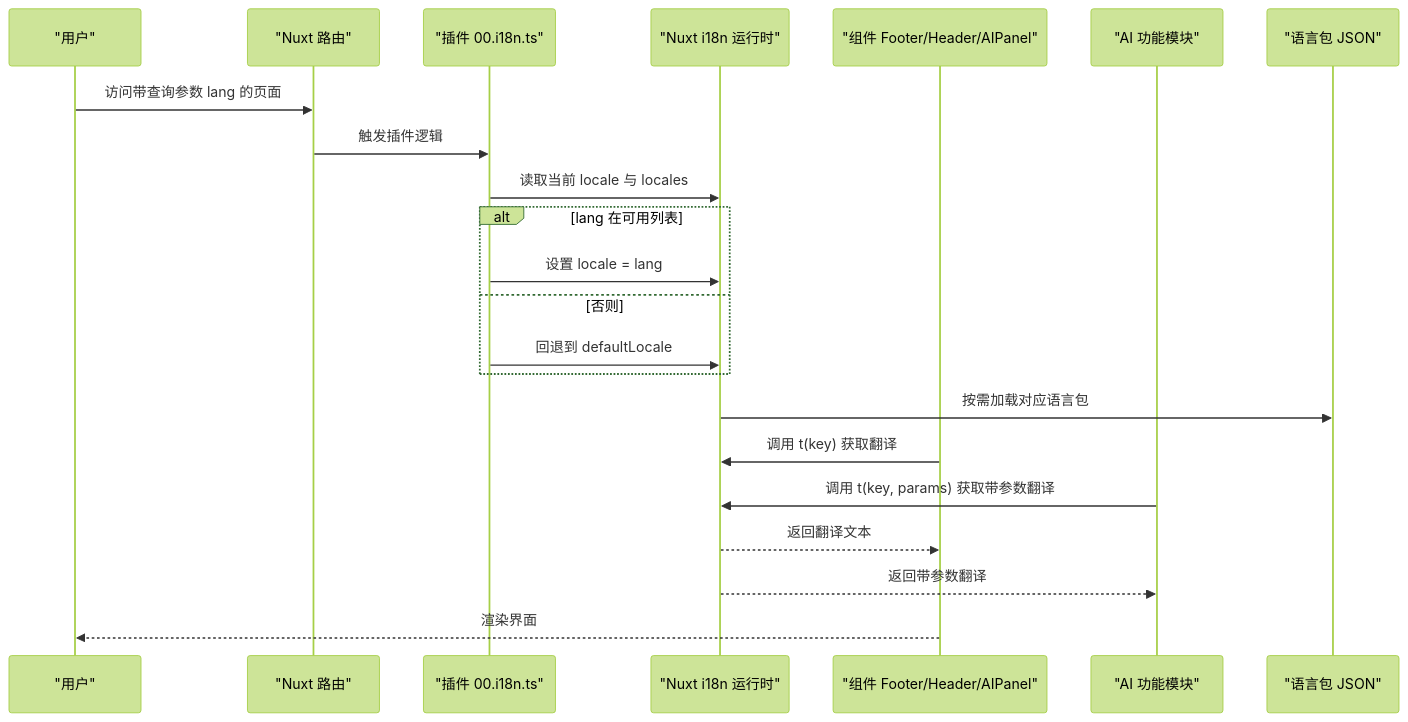
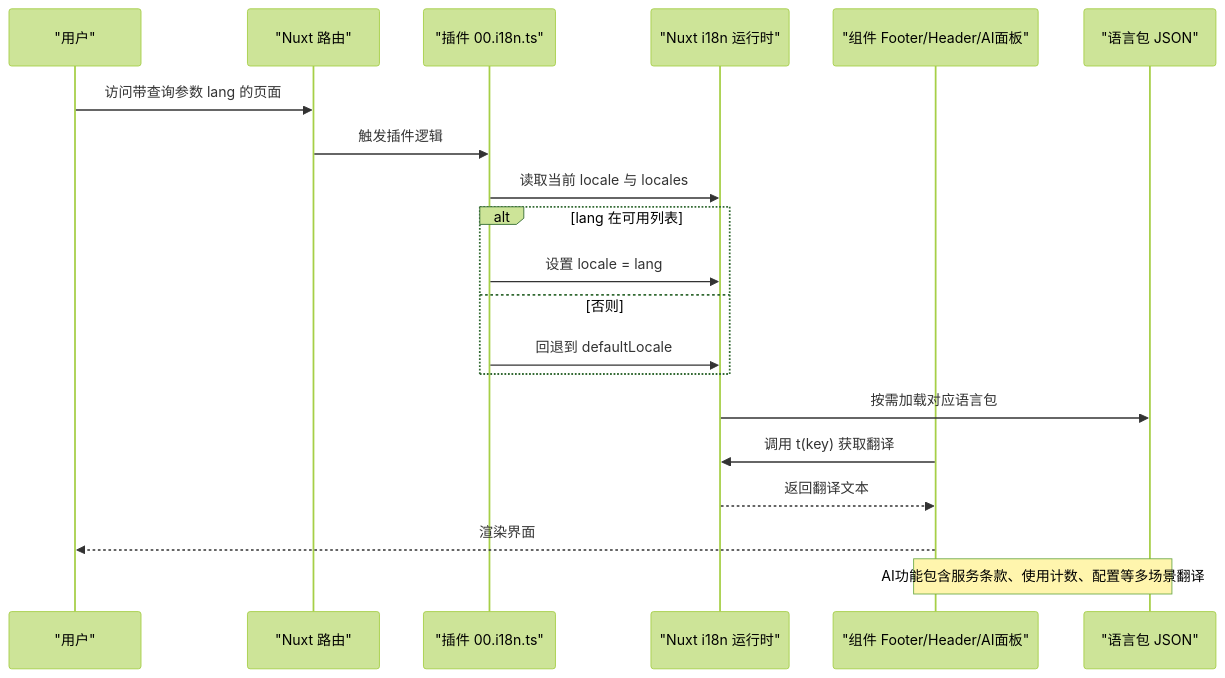
Before and after one commit to terwer/siyuan-plugin-blog: the second of 4 diagrams in .qoder/repowiki/zh/content/核心功能/设置管理系统/多语言支持.md, drawn with Mermaid (forest theme). The commit also changed other lines of this file and 16 other files, not shown here.

````diff
--- a/.qoder/repowiki/zh/content/核心功能/设置管理系统/多语言支持.md
+++ b/.qoder/repowiki/zh/content/核心功能/设置管理系统/多语言支持.md
@@ -118,24 +126,22 @@
 ```mermaid
 sequenceDiagram
 participant U as "用户"
 participant R as "Nuxt 路由"
 participant P as "插件 00.i18n.ts"
 participant I18N as "Nuxt i18n 运行时"
-participant C as "组件 Footer/Header/AIPanel"
-participant AI as "AI 功能模块"
+participant C as "组件 Footer/Header/AI面板"
 participant L as "语言包 JSON"
 U->>R : 访问带查询参数 lang 的页面
 R->>P : 触发插件逻辑
 P->>I18N : 读取当前 locale 与 locales
 alt lang 在可用列表
 P->>I18N : 设置 locale = lang
 else 否则
 P->>I18N : 回退到 defaultLocale
 end
 I18N->>L : 按需加载对应语言包
 C->>I18N : 调用 t(key) 获取翻译
-AI->>I18N : 调用 t(key, params) 获取带参数翻译
 I18N-->>C : 返回翻译文本
-I18N-->>AI : 返回带参数翻译
 C-->>U : 渲染界面
+Note over C,L : AI功能包含服务条款、使用计数、配置等多场景翻译
 ```
````
